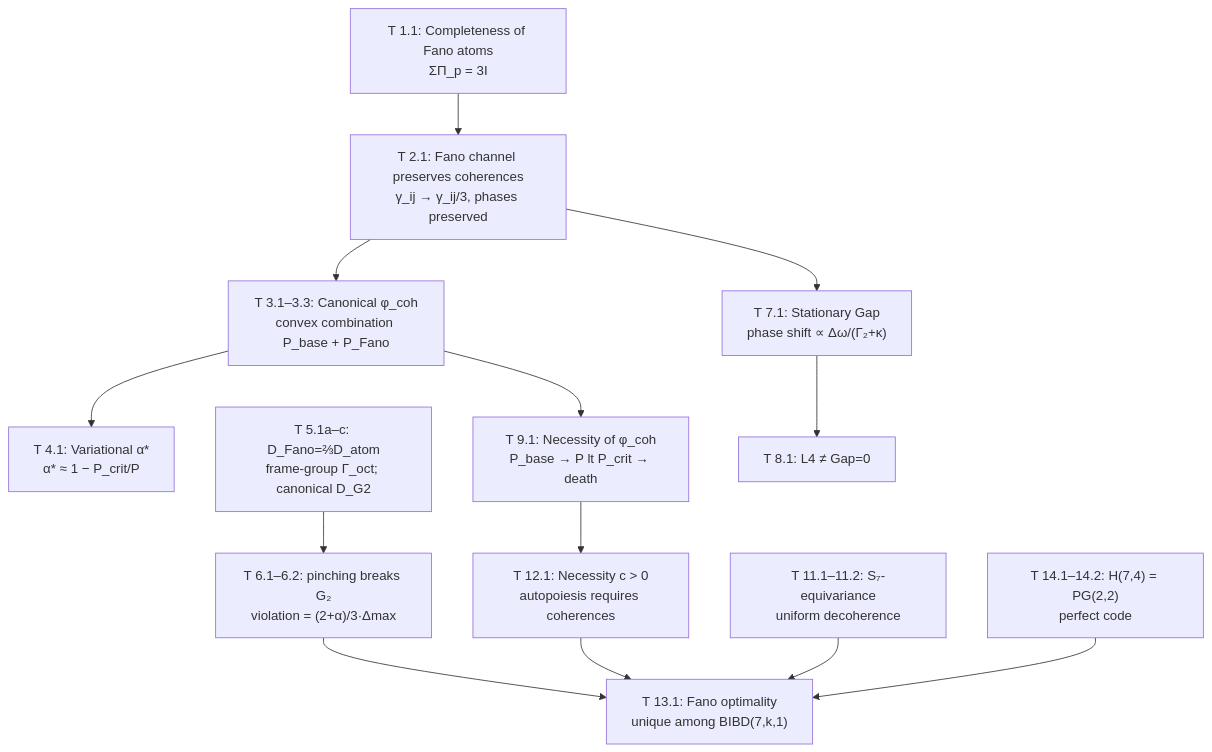
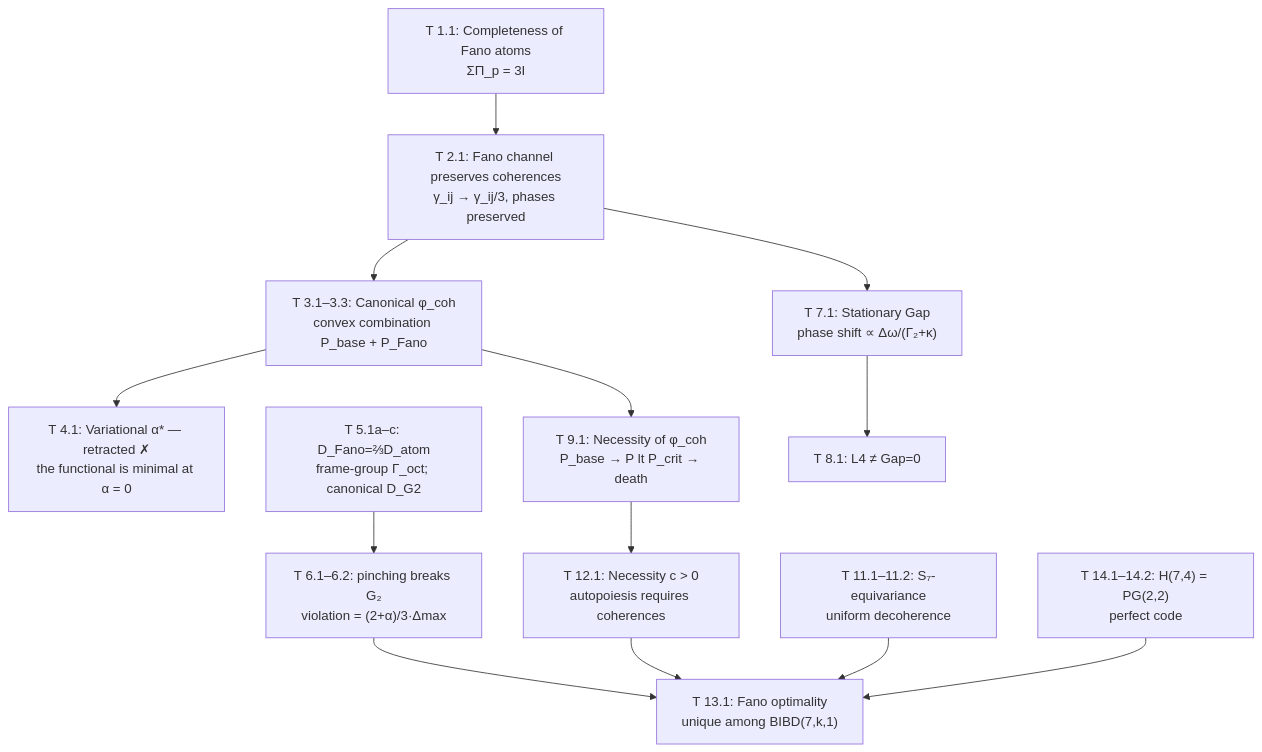
The diagram in website/docs/proofs/gap/fano-channel.md (gst-st/uhm), drawn with Mermaid before and after one commit. The commit also changed other lines of this file and 25 other files, not shown here.

````diff
--- a/website/docs/proofs/gap/fano-channel.md
+++ b/website/docs/proofs/gap/fano-channel.md
@@ -470,15 +478,15 @@
 ```mermaid
 flowchart TD
     T1["T 1.1: Completeness of Fano atoms<br/>ΣΠ_p = 3I"] --> T2["T 2.1: Fano channel preserves coherences<br/>γ_ij → γ_ij/3, phases preserved"]
     T2 --> T3["T 3.1–3.3: Canonical φ_coh<br/>convex combination P_base + P_Fano"]
-    T3 --> T4["T 4.1: Variational α*<br/>α* ≈ 1 − P_crit/P"]
+    T3 --> T4["T 4.1: Variational α* — retracted ✗<br/>the functional is minimal at α = 0"]
     T5["T 5.1a–c: D_Fano=⅔D_atom<br/>frame-group Γ_oct; canonical D_G2"] --> T6["T 6.1–6.2: pinching breaks G₂<br/>violation = (2+α)/3·Δmax"]
     T6 --> T13["T 13.1: Fano optimality<br/>unique among BIBD(7,k,1)"]
     T2 --> T7["T 7.1: Stationary Gap<br/>phase shift ∝ Δω/(Γ₂+κ)"]
     T7 --> T8["T 8.1: L4 ≠ Gap=0"]
     T3 --> T9["T 9.1: Necessity of φ_coh<br/>P_base → P lt P_crit → death"]
     T9 --> T12["T 12.1: Necessity c > 0<br/>autopoiesis requires coherences"]
     T12 --> T13
     T11["T 11.1–11.2: S₇-equivariance<br/>uniform decoherence"] --> T13
     T14["T 14.1–14.2: H(7,4) = PG(2,2)<br/>perfect code"] --> T13
 ```
````
